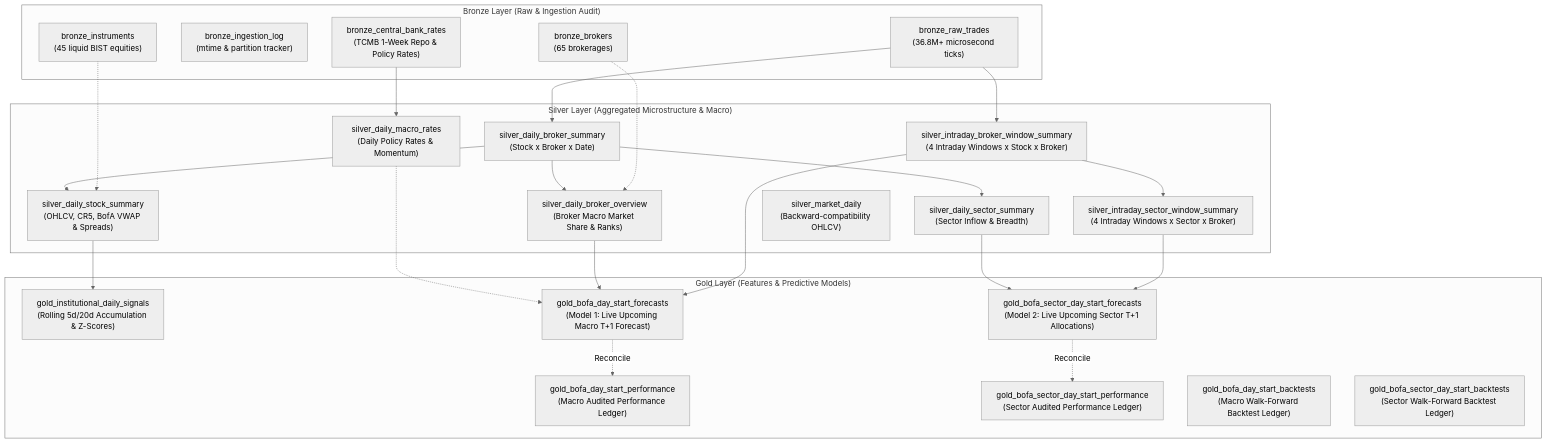
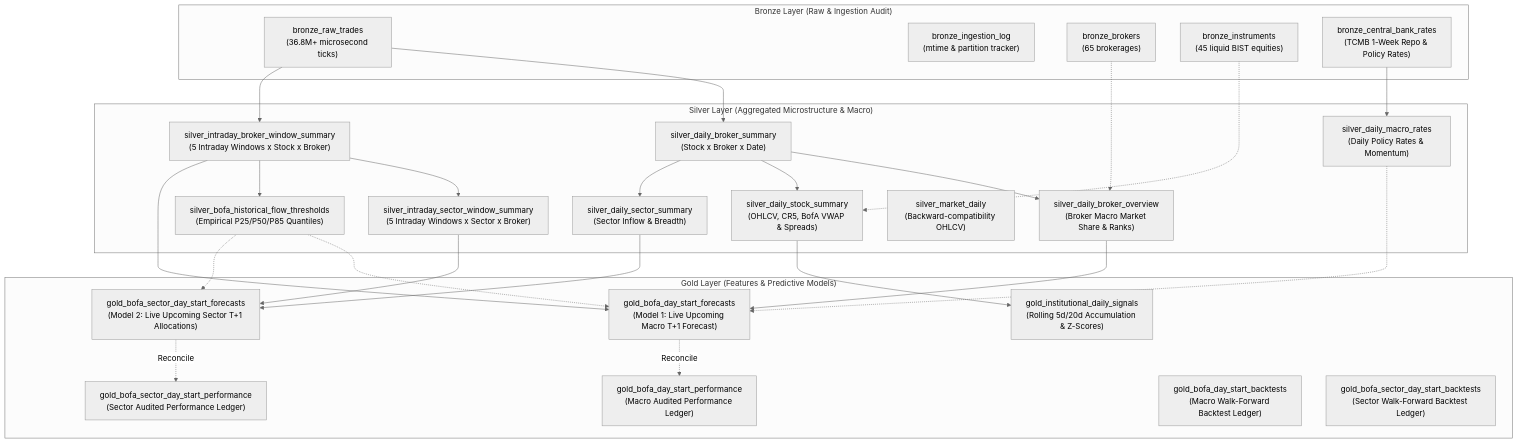
One commit to ozy-mdk/mdk-trade-oracle changed the diagram in .agents/skills/mdk-medallion-pipeline/SKILL.md. Above: the diagram before and after it, drawn with Mermaid (neutral theme). The commit also changed other lines of this file and 4 other files, not shown here.

````diff
--- a/.agents/skills/mdk-medallion-pipeline/SKILL.md
+++ b/.agents/skills/mdk-medallion-pipeline/SKILL.md
@@ -28,51 +28,55 @@
 ```mermaid
 flowchart TD
     subgraph Bronze["Bronze Layer (Raw & Ingestion Audit)"]
         B_RAW["bronze_raw_trades<br/>(36.8M+ microsecond ticks)"]
         B_LOG["bronze_ingestion_log<br/>(mtime & partition tracker)"]
         B_BROK["bronze_brokers<br/>(65 brokerages)"]
         B_INST["bronze_instruments<br/>(45 liquid BIST equities)"]
         B_CBRT["bronze_central_bank_rates<br/>(TCMB 1-Week Repo & Policy Rates)"]
     end
 
     subgraph Silver["Silver Layer (Aggregated Microstructure & Macro)"]
         S_BROK_SUM["silver_daily_broker_summary<br/>(Stock x Broker x Date)"]
         S_BROK_OVR["silver_daily_broker_overview<br/>(Broker Macro Market Share & Ranks)"]
         S_STK_SUM["silver_daily_stock_summary<br/>(OHLCV, CR5, BofA VWAP & Spreads)"]
         S_SEC_SUM["silver_daily_sector_summary<br/>(Sector Inflow & Breadth)"]
-        S_WIN_BROK["silver_intraday_broker_window_summary<br/>(4 Intraday Windows x Stock x Broker)"]
-        S_WIN_SEC["silver_intraday_sector_window_summary<br/>(4 Intraday Windows x Sector x Broker)"]
+        S_WIN_BROK["silver_intraday_broker_window_summary<br/>(5 Intraday Windows x Stock x Broker)"]
+        S_WIN_SEC["silver_intraday_sector_window_summary<br/>(5 Intraday Windows x Sector x Broker)"]
         S_MACRO["silver_daily_macro_rates<br/>(Daily Policy Rates & Momentum)"]
+        S_THRESH["silver_bofa_historical_flow_thresholds<br/>(Empirical P25/P50/P85 Quantiles)"]
         S_MKT["silver_market_daily<br/>(Backward-compatibility OHLCV)"]
     end
 
     subgraph Gold["Gold Layer (Features & Predictive Models)"]
         G_SIG["gold_institutional_daily_signals<br/>(Rolling 5d/20d Accumulation & Z-Scores)"]
         G_M1["gold_bofa_day_start_forecasts<br/>(Model 1: Live Upcoming Macro T+1 Forecast)"]
         G_M2["gold_bofa_sector_day_start_forecasts<br/>(Model 2: Live Upcoming Sector T+1 Allocations)"]
         G_M1_PERF["gold_bofa_day_start_performance<br/>(Macro Audited Performance Ledger)"]
         G_M2_PERF["gold_bofa_sector_day_start_performance<br/>(Sector Audited Performance Ledger)"]
         G_M1_BT["gold_bofa_day_start_backtests<br/>(Macro Walk-Forward Backtest Ledger)"]
         G_M2_BT["gold_bofa_sector_day_start_backtests<br/>(Sector Walk-Forward Backtest Ledger)"]
     end
 
     B_RAW --> S_BROK_SUM
     B_RAW --> S_WIN_BROK
     B_BROK -.-> S_BROK_OVR
     B_INST -.-> S_STK_SUM
     B_CBRT --> S_MACRO
 
     S_BROK_SUM --> S_BROK_OVR
     S_BROK_SUM --> S_STK_SUM
     S_BROK_SUM --> S_SEC_SUM
     S_WIN_BROK --> S_WIN_SEC
+    S_WIN_BROK --> S_THRESH
 
     S_STK_SUM --> G_SIG
     S_WIN_BROK --> G_M1
     S_BROK_OVR --> G_M1
     S_MACRO -.-> G_M1
+    S_THRESH -.-> G_M1
     S_WIN_SEC --> G_M2
     S_SEC_SUM --> G_M2
+    S_THRESH -.-> G_M2
     G_M1 -. Reconcile .-> G_M1_PERF
     G_M2 -. Reconcile .-> G_M2_PERF
 ```
````
